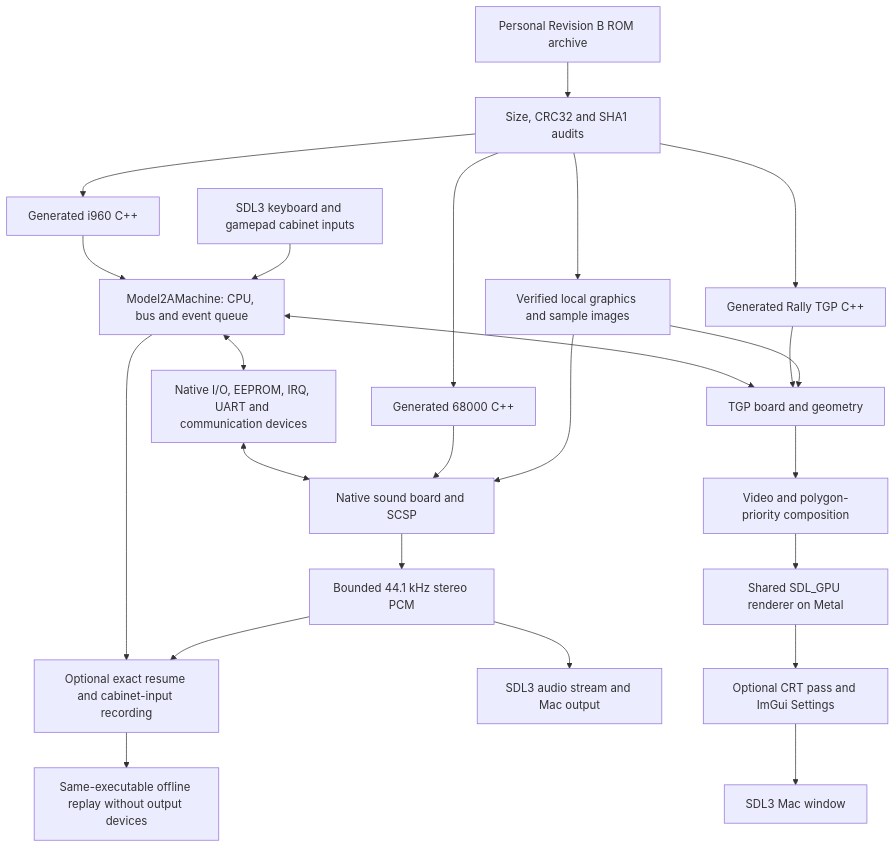
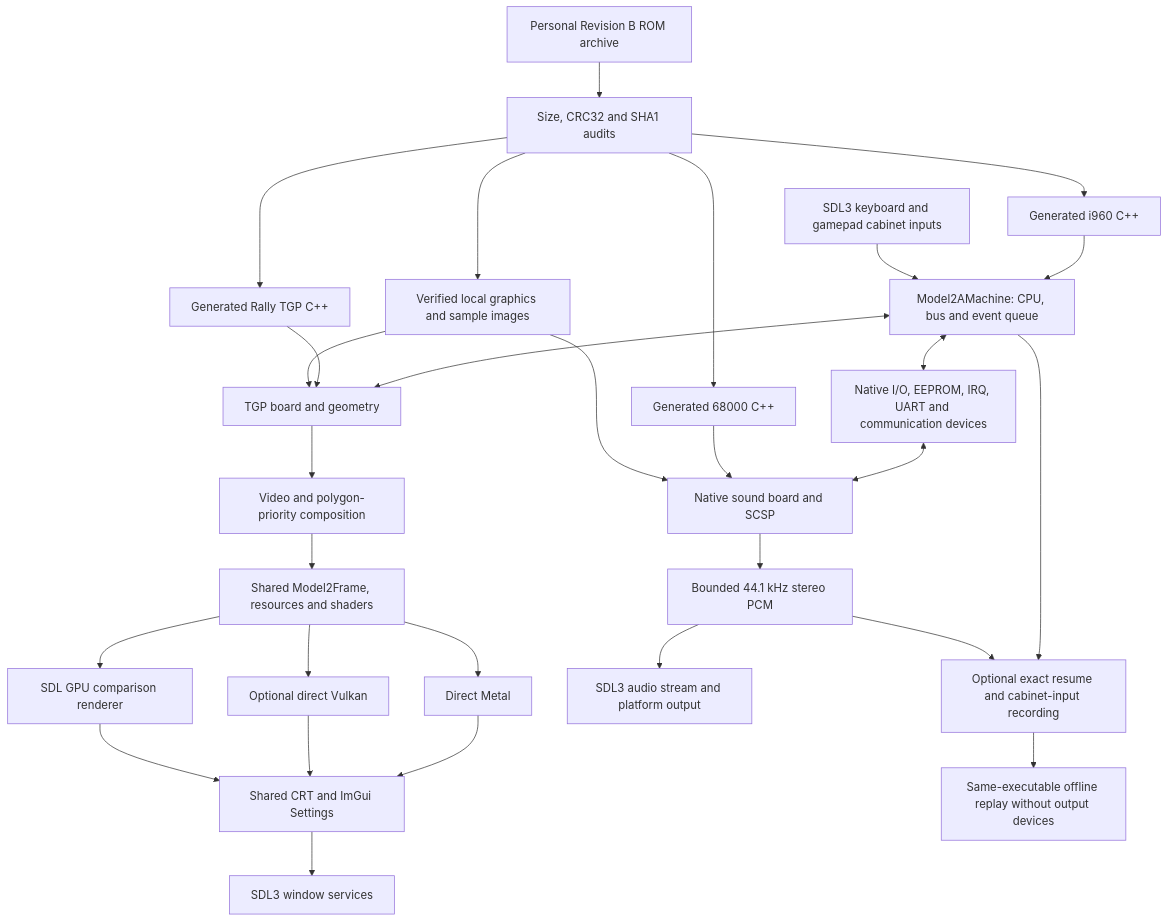
Before and after one commit to LaurentGarcia/sega-rally-recomp: the diagram in docs/segarally-architecture.md, drawn with Mermaid. The commit also changed other lines of this file and 35 other files, not shown here.

First line of the commit message:
Add direct Vulkan player presentation

````diff
--- a/docs/segarally-architecture.md
+++ b/docs/segarally-architecture.md
@@ -7,26 +8,31 @@
 ```mermaid
 flowchart TD
     ROM[Personal Revision B ROM archive] --> AUDIT[Size, CRC32 and SHA1 audits]
     AUDIT --> MAIN[Generated i960 C++]
     AUDIT --> TGP[Generated Rally TGP C++]
     AUDIT --> SND[Generated 68000 C++]
     AUDIT --> DATA[Verified local graphics and sample images]
     MAIN --> MACHINE[Model2AMachine: CPU, bus and event queue]
     INPUT[SDL3 keyboard and gamepad cabinet inputs] --> MACHINE
     MACHINE <--> BOARD[Native I/O, EEPROM, IRQ, UART and communication devices]
     MACHINE <--> GEO[TGP board and geometry]
     TGP --> GEO
     DATA --> GEO
     GEO --> VIDEO[Video and polygon-priority composition]
-    VIDEO --> GPU[Shared SDL_GPU renderer on Metal]
-    GPU --> UI[Optional CRT pass and ImGui Settings]
-    UI --> WINDOW[SDL3 Mac window]
+    VIDEO --> FRAME[Shared Model2Frame, resources and shaders]
+    FRAME --> METAL[Direct Metal]
+    FRAME --> VULKAN[Optional direct Vulkan]
+    FRAME --> BASELINE[SDL GPU comparison renderer]
+    METAL --> UI[Shared CRT and ImGui Settings]
+    VULKAN --> UI
+    BASELINE --> UI
+    UI --> WINDOW[SDL3 window services]
     BOARD <--> SOUND[Native sound board and SCSP]
     SND --> SOUND
     DATA --> SOUND
     SOUND --> PCM[Bounded 44.1 kHz stereo PCM]
-    PCM --> AUDIO[SDL3 audio stream and Mac output]
+    PCM --> AUDIO[SDL3 audio stream and platform output]
     MACHINE --> RECORD[Optional exact resume and cabinet-input recording]
     PCM --> RECORD
     RECORD --> REPLAY[Same-executable offline replay without output devices]
 ```
````
